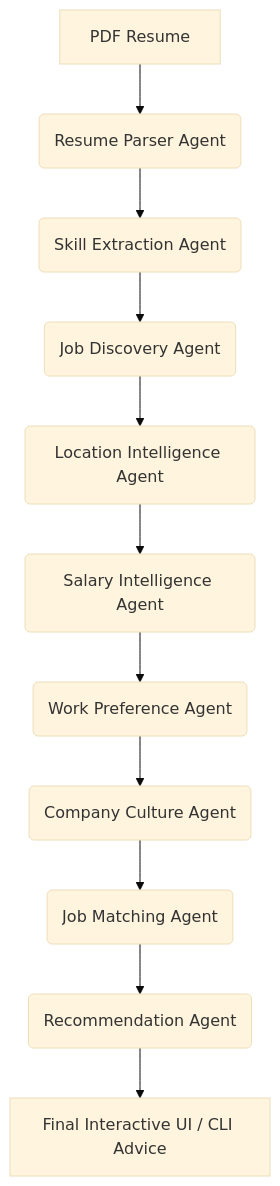
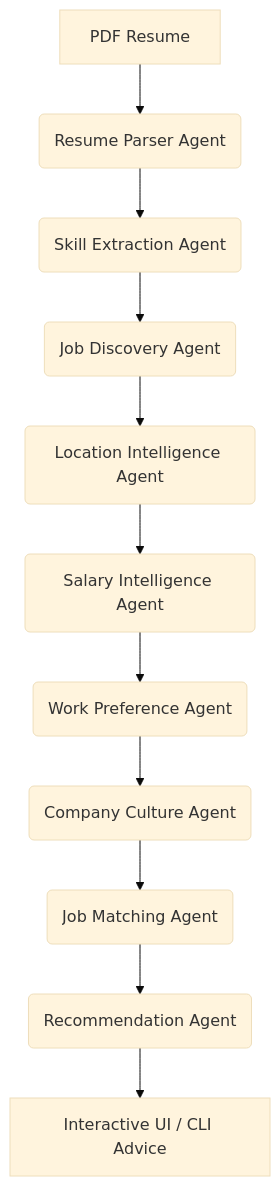
Before and after one commit to rohans-19/Job-Search-AI-Agent: the diagram in README.md, drawn with Mermaid (base theme). The commit also changed other lines of this file and 19 other files, not shown here.

````diff
--- a/README.md
+++ b/README.md
@@ -11,13 +33,13 @@
 ```mermaid
 graph TD
     A[PDF Resume] --> B(Resume Parser Agent)
     B --> C(Skill Extraction Agent)
     C --> D(Job Discovery Agent)
     D --> E(Location Intelligence Agent)
     E --> F(Salary Intelligence Agent)
     F --> G(Work Preference Agent)
     G --> H(Company Culture Agent)
     H --> I(Job Matching Agent)
     I --> J(Recommendation Agent)
-    J --> K[Final Interactive UI / CLI Advice]
+    J --> K[Interactive UI / CLI Advice]
 ```
````
